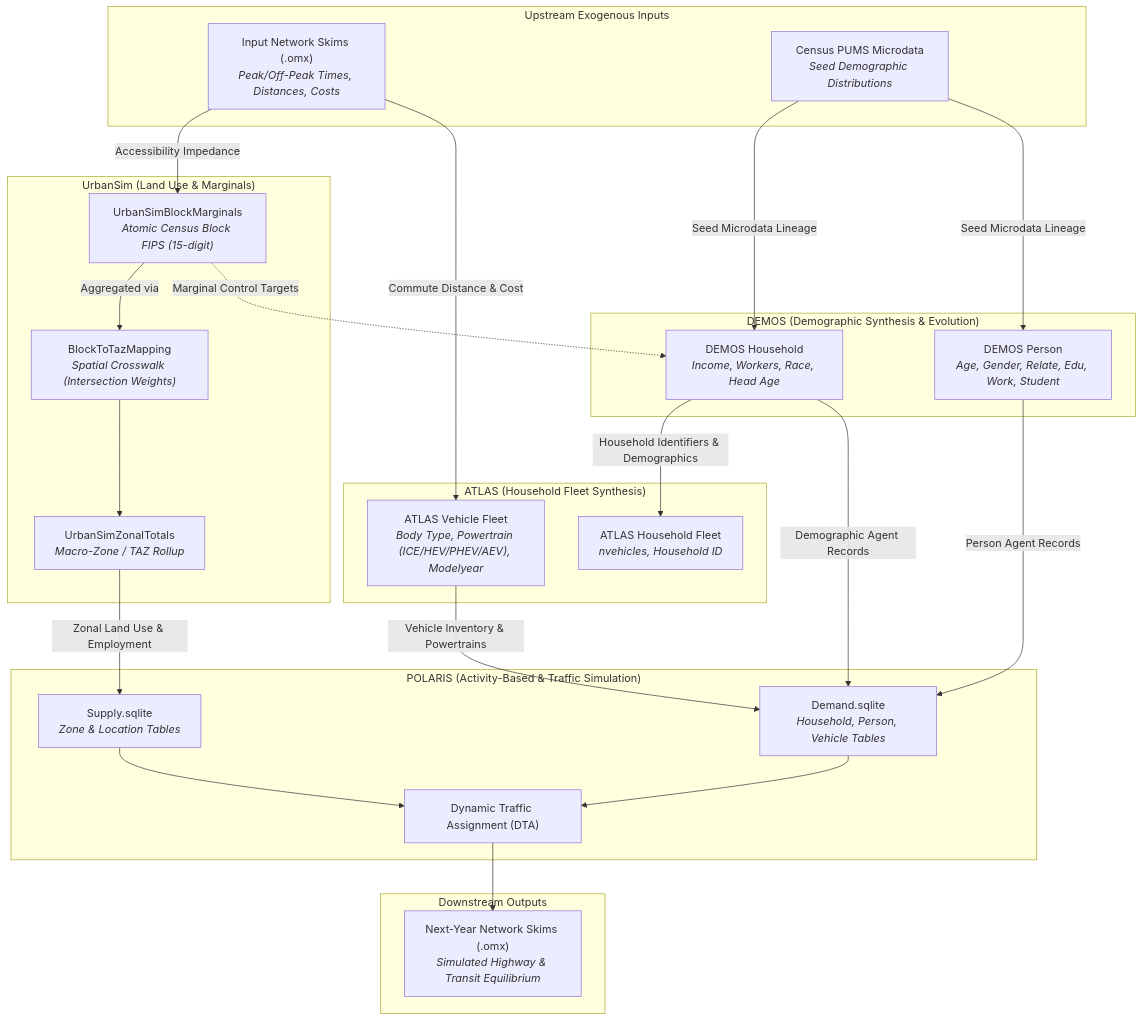
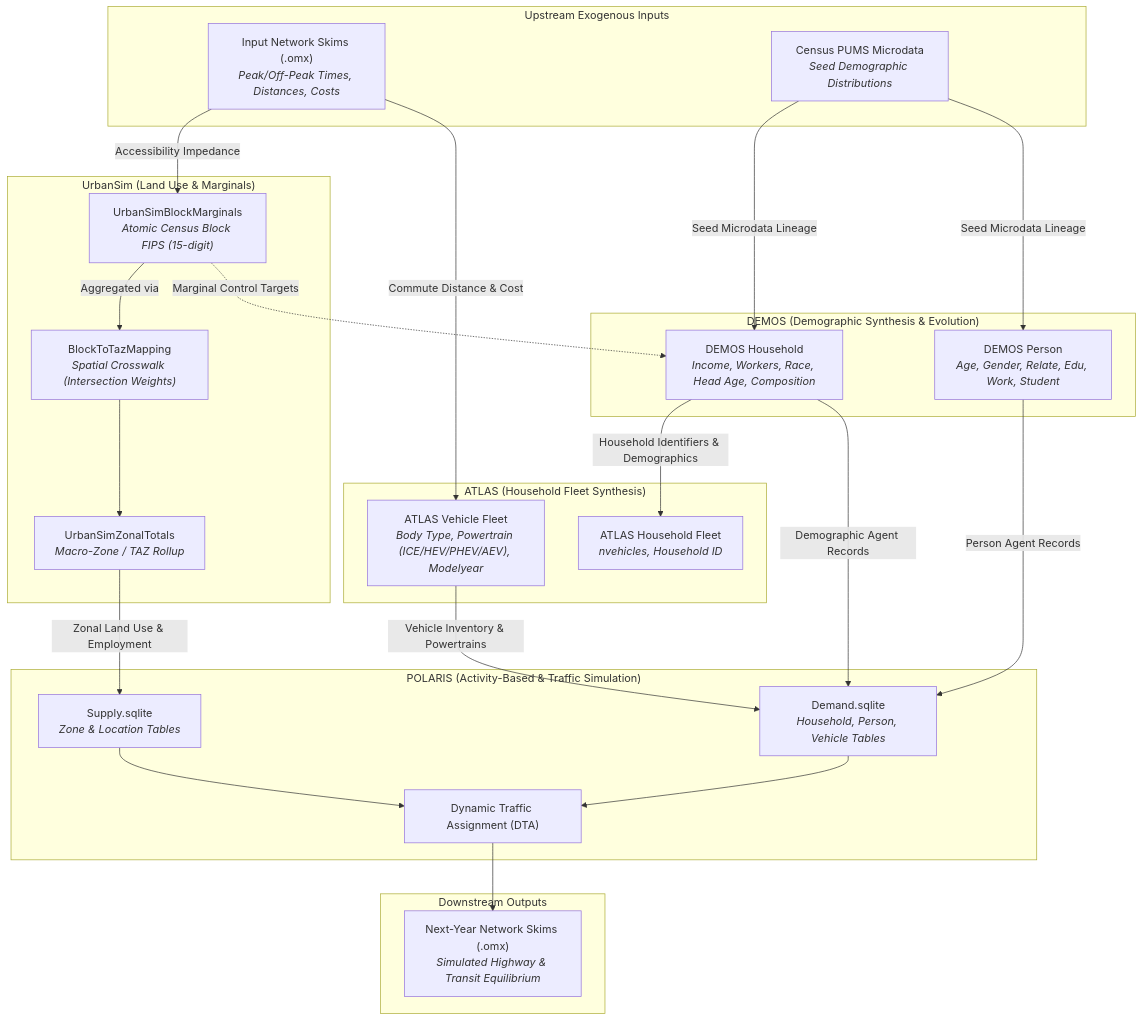
One commit to LBNL-UCB-STI/synergy-schema changed the first of 2 diagrams in src/synergy_schema/schema/mappings/contract_at_a_glance.md. Above: the diagram before and after it, drawn with Mermaid. The commit also changed other lines of this file and 3 other files, not shown here.

````diff
--- a/src/synergy_schema/schema/mappings/contract_at_a_glance.md
+++ b/src/synergy_schema/schema/mappings/contract_at_a_glance.md
@@ -9,54 +11,54 @@
 ```mermaid
 flowchart TD
     subgraph Upstream ["Upstream Exogenous Inputs"]
         SkimsIn["Input Network Skims (.omx)<br/><i>Peak/Off-Peak Times, Distances, Costs</i>"]
         PUMS["Census PUMS Microdata<br/><i>Seed Demographic Distributions</i>"]
     end
 
     subgraph UrbanSim_Model ["UrbanSim (Land Use & Marginals)"]
         US_Block["UrbanSimBlockMarginals<br/><i>Atomic Census Block FIPS (15-digit)</i>"]
         US_Map["BlockToTazMapping<br/><i>Spatial Crosswalk (Intersection Weights)</i>"]
         US_Zone["UrbanSimZonalTotals<br/><i>Macro-Zone / TAZ Rollup</i>"]
     end
 
     subgraph DEMOS_Model ["DEMOS (Demographic Synthesis & Evolution)"]
-        DEMOS_HH["DEMOS Household<br/><i>Income, Workers, Race, Head Age</i>"]
+        DEMOS_HH["DEMOS Household<br/><i>Income, Workers, Race, Head Age, Composition</i>"]
         DEMOS_Person["DEMOS Person<br/><i>Age, Gender, Relate, Edu, Work, Student</i>"]
     end
 
     subgraph ATLAS_Model ["ATLAS (Household Fleet Synthesis)"]
         ATLAS_HH["ATLAS Household Fleet<br/><i>nvehicles, Household ID</i>"]
         ATLAS_Veh["ATLAS Vehicle Fleet<br/><i>Body Type, Powertrain (ICE/HEV/PHEV/AEV), Modelyear</i>"]
     end
 
     subgraph POLARIS_Model ["POLARIS (Activity-Based & Traffic Simulation)"]
         POL_Supply["Supply.sqlite<br/><i>Zone & Location Tables</i>"]
         POL_Demand["Demand.sqlite<br/><i>Household, Person, Vehicle Tables</i>"]
         POL_DTA["Dynamic Traffic Assignment (DTA)"]
     end
 
     subgraph Downstream ["Downstream Outputs"]
         SkimsOut["Next-Year Network Skims (.omx)<br/><i>Simulated Highway & Transit Equilibrium</i>"]
     end
 
     %% Data Connections
     SkimsIn -->|Accessibility Impedance| US_Block
     SkimsIn -->|Commute Distance & Cost| ATLAS_Veh
     PUMS -->|Seed Microdata Lineage| DEMOS_HH
     PUMS -->|Seed Microdata Lineage| DEMOS_Person
 
     US_Block -->|Aggregated via| US_Map
     US_Map --> US_Zone
     US_Block -.->|Marginal Control Targets| DEMOS_HH
     US_Zone -->|Zonal Land Use & Employment| POL_Supply
 
     DEMOS_HH -->|Household Identifiers & Demographics| ATLAS_HH
     DEMOS_HH -->|Demographic Agent Records| POL_Demand
     DEMOS_Person -->|Person Agent Records| POL_Demand
 
     ATLAS_Veh -->|Vehicle Inventory & Powertrains| POL_Demand
 
     POL_Supply --> POL_DTA
     POL_Demand --> POL_DTA
     POL_DTA --> SkimsOut
 ```
````
